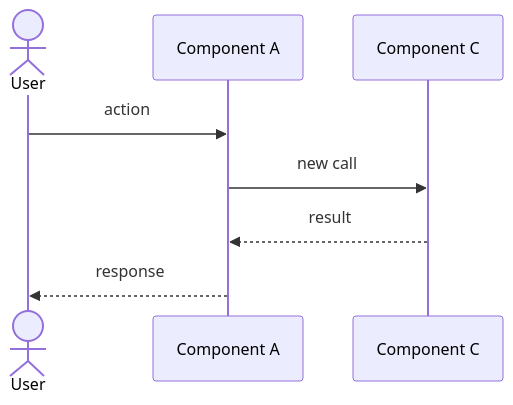
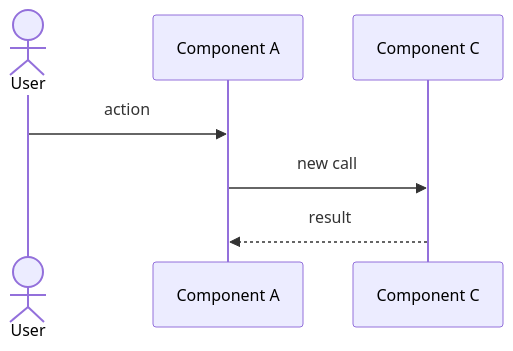
One commit to El-Sayed-Mustafa/visual-project-os changed the third of 3 diagrams in kit/.project-brain/features/_template.md. Above: the diagram before and after it, drawn with Mermaid. The commit also changed other lines of this file and 26 other files, not shown here.

Commit message:
Redesign viewer and add a writing budget: diagrams first, fewer words

````diff
--- a/kit/.project-brain/features/_template.md
+++ b/kit/.project-brain/features/_template.md
@@ -48,10 +36,9 @@
 ```mermaid
 sequenceDiagram
   actor U as User
   participant A as Component A
   participant C as Component C
   U->>A: action
   A->>C: new call
   C-->>A: result
-  A-->>U: response
 ```
````
